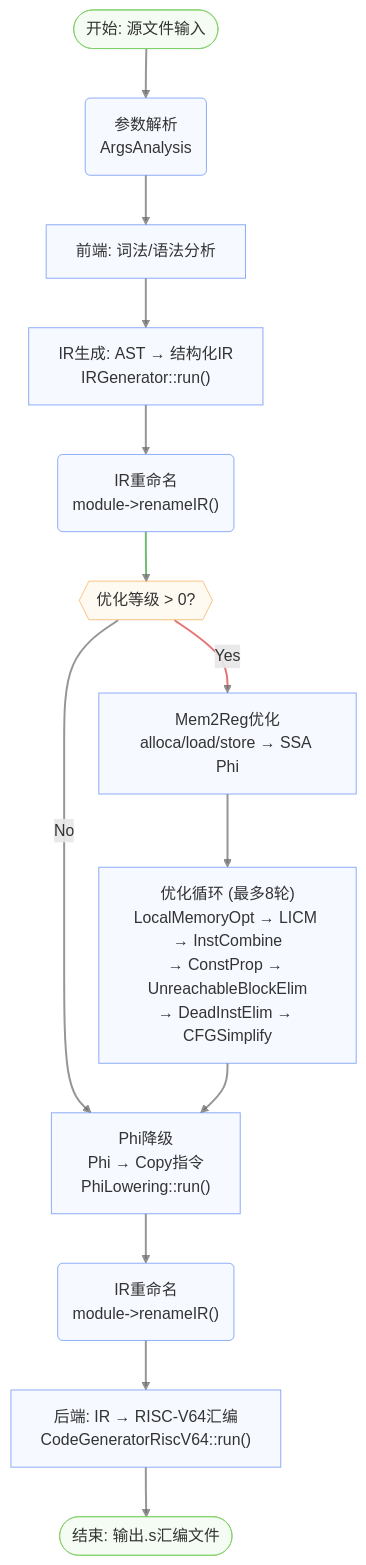
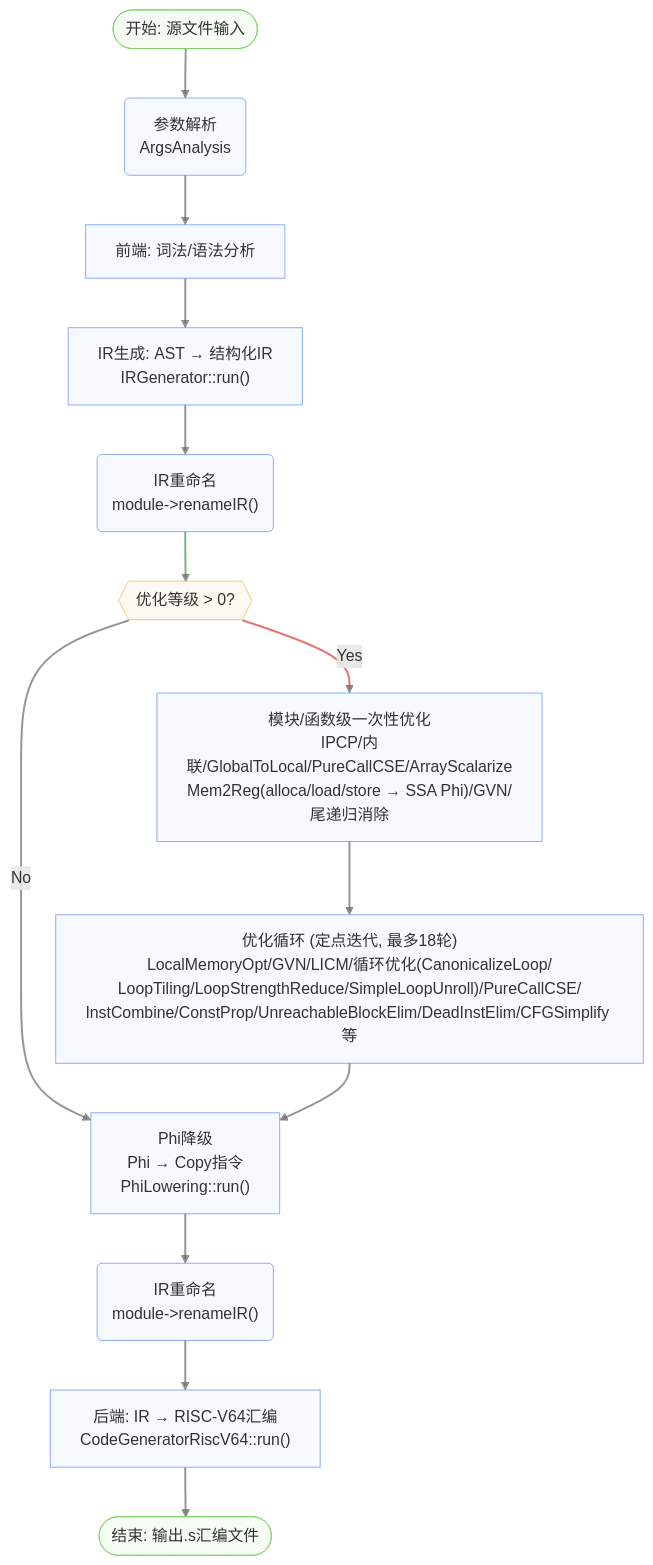
Before and after one commit to LLLLLLLLazy/compiler-lite: the first of 4 diagrams in docs/backend-overview.md, drawn with Mermaid. The commit also changed other lines of this file and 9 other files, not shown here.

````diff
--- a/docs/backend-overview.md
+++ b/docs/backend-overview.md
@@ -5,31 +5,31 @@
 ```mermaid
 flowchart TD
     Start(["开始: 源文件输入"]) --> ArgsParse("参数解析<br>ArgsAnalysis")
     ArgsParse --> FrontEnd["前端: 词法/语法分析"]
     FrontEnd --> AST2IR["IR生成: AST → 结构化IR<br>IRGenerator::run()"]
     AST2IR --> Rename1("IR重命名<br>module->renameIR()")
 
     Rename1 --> OptCheck{{"优化等级 > 0?"}}
-    OptCheck -- "Yes" --> Mem2Reg["Mem2Reg优化<br>alloca/load/store → SSA Phi"]
+    OptCheck -- "Yes" --> Mem2Reg["模块/函数级一次性优化<br>IPCP/内联/GlobalToLocal/PureCallCSE/ArrayScalarize<br>Mem2Reg(alloca/load/store → SSA Phi)/GVN/尾递归消除"]
     OptCheck -- "No" --> PhiLower
-    Mem2Reg --> OptLoop["优化循环 (最多8轮)<br>LocalMemoryOpt → LICM → InstCombine<br>→ ConstProp → UnreachableBlockElim<br>→ DeadInstElim → CFGSimplify"]
+    Mem2Reg --> OptLoop["优化循环 (定点迭代, 最多18轮)<br>LocalMemoryOpt/GVN/LICM/循环优化(CanonicalizeLoop/<br>LoopTiling/LoopStrengthReduce/SimpleLoopUnroll)/PureCallCSE/<br>InstCombine/ConstProp/UnreachableBlockElim/DeadInstElim/CFGSimplify 等"]
     OptLoop --> PhiLower["Phi降级<br>Phi → Copy指令<br>PhiLowering::run()"]
 
     PhiLower --> Rename2("IR重命名<br>module->renameIR()")
     Rename2 --> Backend["后端: IR → RISC-V64汇编<br>CodeGeneratorRiscV64::run()"]
     Backend --> End(["结束: 输出.s汇编文件"])
 
     %%Node styles
     classDef default fill:#E2EAFE4F,stroke:#5A88F6AF
     classDef endNode fill:#DDF4D84F,stroke:#7DCF62AF
     classDef decisionNode fill:#FCEBD34f,stroke:#F6AA4BAF
 
     %%Link styles
     linkStyle default stroke:#666666AF,stroke-width:2px
     linkStyle 4 stroke:#339933AF,stroke-width:2px
     linkStyle 5 stroke:#DD3333AF,stroke-width:2px
 
     %%Node classes
     class Start,End endNode
     class OptCheck decisionNode
 ```
````
